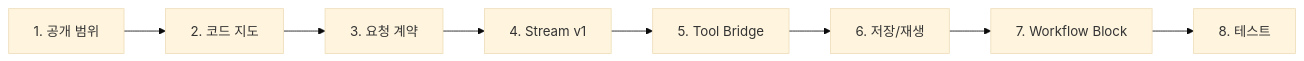
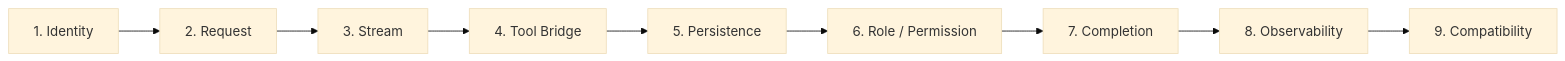
Before and after one commit to nfbs2000/speaky-sim: the third of 3 diagrams in site/docs/mothership-contract/index.md, drawn with Mermaid (base theme). The commit also changed other lines of this file and 21 other files, not shown here.

````diff
--- a/site/docs/mothership-contract/index.md
+++ b/site/docs/mothership-contract/index.md
@@ -85,10 +60,11 @@
 ```mermaid
 flowchart LR
-  Scope["1. 공개 범위"] --> Map["2. 코드 지도"]
-  Map --> Request["3. 요청 계약"]
-  Request --> Stream["4. Stream v1"]
-  Stream --> Tool["5. Tool Bridge"]
-  Tool --> Persist["6. 저장/재생"]
-  Persist --> Block["7. Workflow Block"]
-  Block --> Tests["8. 테스트"]
+  A["1. Identity"] --> B["2. Request"]
+  B --> C["3. Stream"]
+  C --> D["4. Tool Bridge"]
+  D --> E["5. Persistence"]
+  E --> F["6. Role / Permission"]
+  F --> G["7. Completion"]
+  G --> H["8. Observability"]
+  H --> I["9. Compatibility"]
 ```
````
